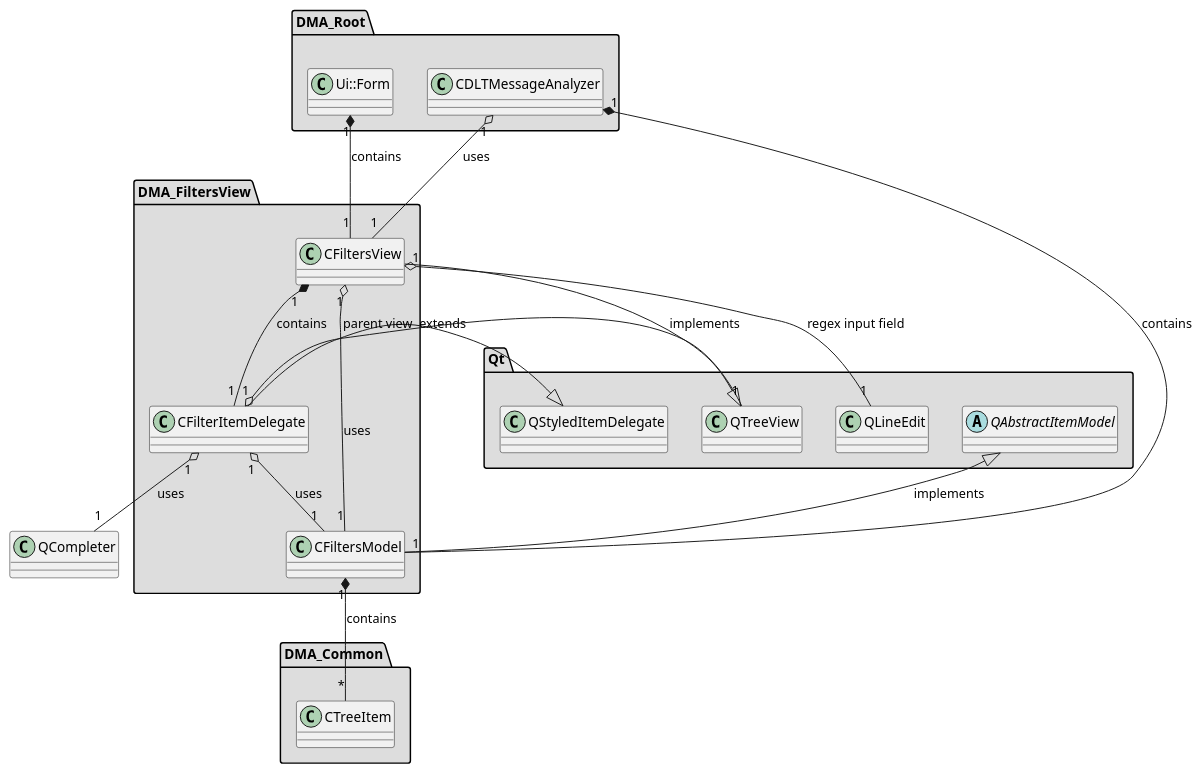
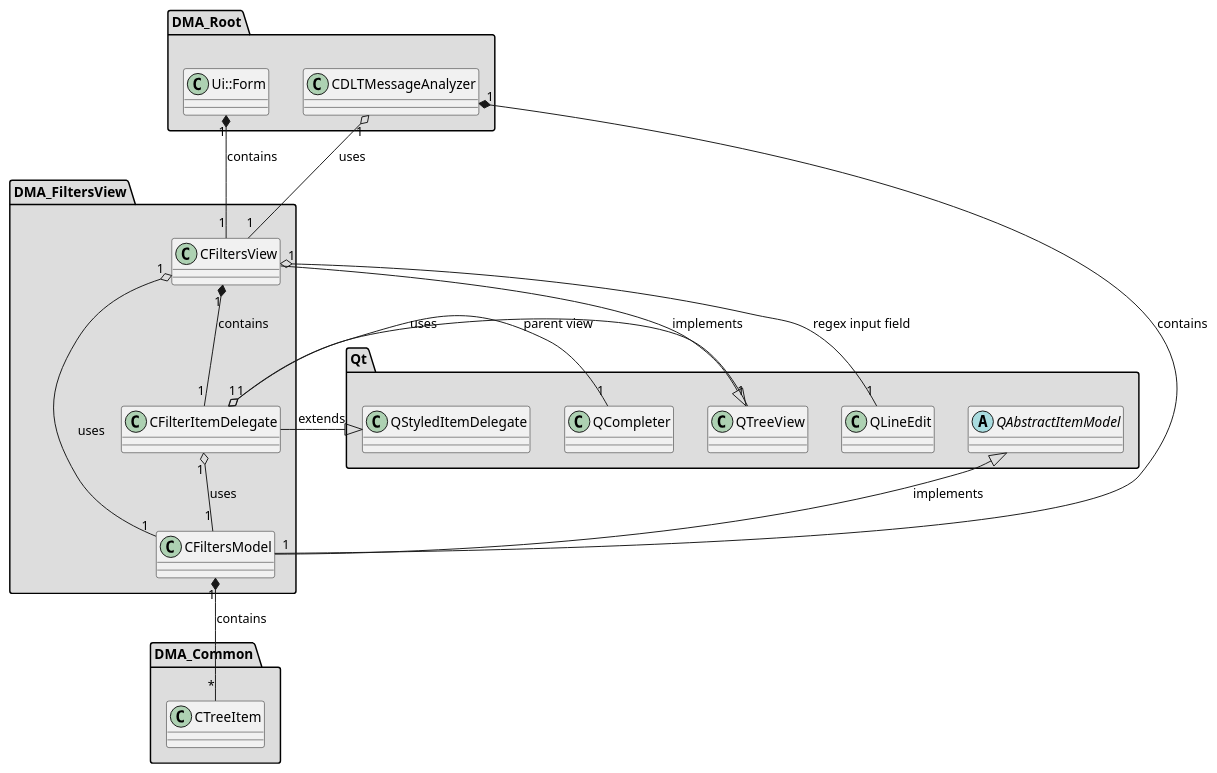
One commit to svlad-90/DLT-Message-Analyzer changed the diagram in md/dev_docs/puml/DMA_FiltersView.puml. Above: the diagram before and after it, drawn with PlantUML. The commit also changed 28 other files, not shown here.

First line of the commit message:
[ISSUE #108][GENERAL] Introduce the work-flow, which will update information about the size of the repository

```diff
--- a/md/dev_docs/puml/DMA_FiltersView.puml
+++ b/md/dev_docs/puml/DMA_FiltersView.puml
@@ -2,81 +2,85 @@
 @startuml
 
 skinparam wrapWidth 600
 package "DMA_Common" #DDDDDD
 {
 
 class "CTreeItem"
 {
 }
 
 }
 
 package "DMA_FiltersView" #DDDDDD
 {
 
 class "CFilterItemDelegate"
 {
 }
 
 class "CFiltersModel"
 {
 }
 
 class "CFiltersView"
 {
 }
 
 }
 
 package "DMA_Root" #DDDDDD
 {
 
 class "CDLTMessageAnalyzer"
 {
 }
 
 class "Ui::Form"
 {
 }
 
 }
 
 package "Qt" #DDDDDD
 {
 
 abstract class "QAbstractItemModel"
 {
 }
 
+class "QCompleter"
+{
+}
+
 class "QLineEdit"
 {
 }
 
 class "QStyledItemDelegate"
 {
 }
 
 class "QTreeView"
 {
 }
 
 }
 
 '====================Inheritance section====================
 QStyledItemDelegate <|-- CFilterItemDelegate : extends
 QAbstractItemModel <|-- CFiltersModel : implements
 QTreeView <|-- CFiltersView : implements
 
 '====================Dependencies section====================
 CFilterItemDelegate "1" o-- "1" CFiltersModel : uses
 CFilterItemDelegate "1" o-- "1" QCompleter : uses
 CFilterItemDelegate "1" o-- "1" QTreeView : parent view
 CFiltersModel "1" *-- "*" CTreeItem : contains
 CFiltersView "1" *-- "1" CFilterItemDelegate : contains
 CFiltersView "1" o-- "1" CFiltersModel : uses
 CFiltersView "1" o-- "1" QLineEdit : regex input field
 CDLTMessageAnalyzer "1" *-- "1" CFiltersModel : contains
 CDLTMessageAnalyzer "1" o-- "1" CFiltersView : uses
 Ui::Form "1" *-- "1" CFiltersView : contains
 
 @enduml
```
